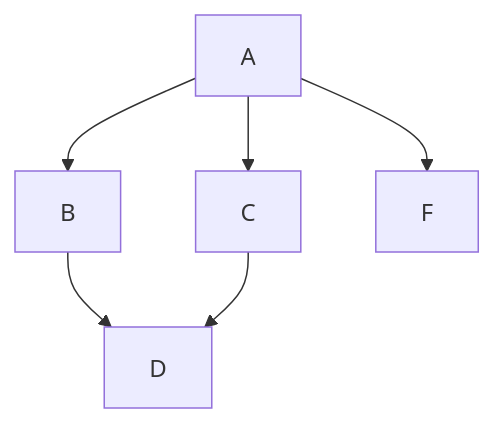
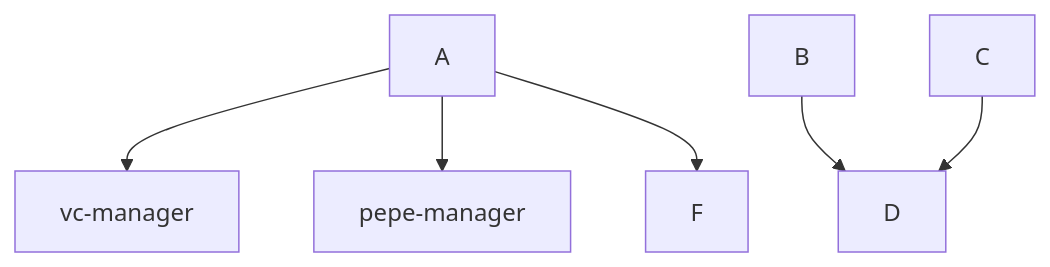
One commit to jorgegithub/dotfiles changed the diagram in README.md. Above: the diagram before and after it, drawn with Mermaid.

````diff
--- a/README.md
+++ b/README.md
@@ -1,8 +1,8 @@
 ```mermaid
 graph TD;
-    A-->B;
-    A-->C;
+    A-->vc-manager;
+    A-->pepe-manager;
     A-->F;
     B-->D;
     C-->D;
 ```
````
